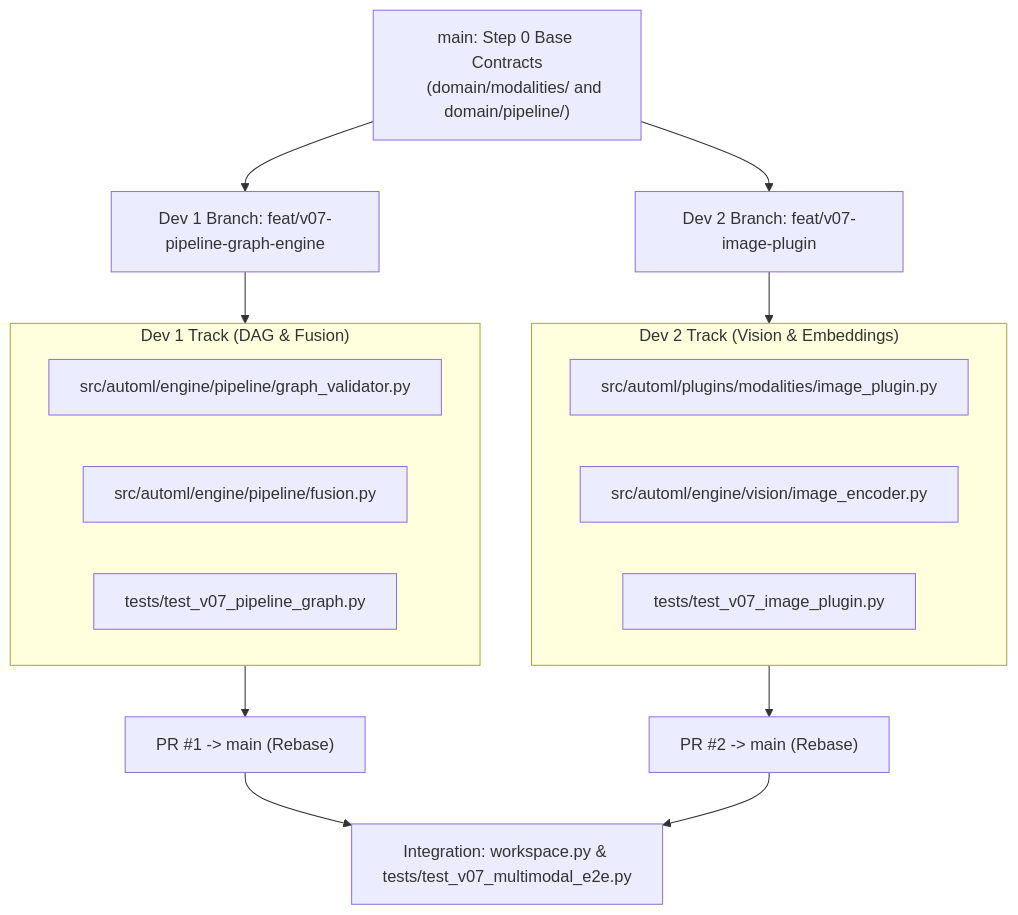
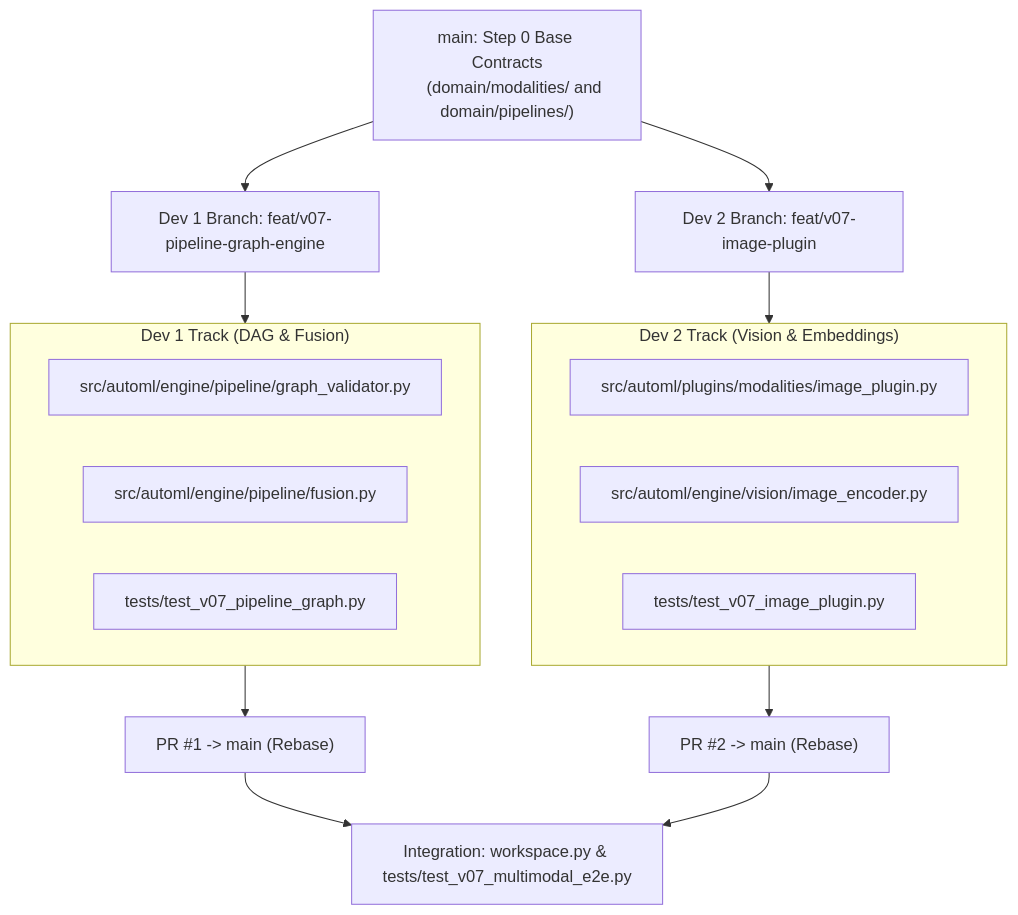
One commit to Jfenic/CATML changed the diagram in docs/features/multimodal/plan.md. Above: the diagram before and after it, drawn with Mermaid. The commit also changed other lines of this file and 18 other files, not shown here.

Commit message:
docs: align guides, capability evidence and roadmap status

````diff
--- a/docs/features/multimodal/plan.md
+++ b/docs/features/multimodal/plan.md
@@ -16,29 +18,29 @@
 ```mermaid
 flowchart TD
     Main0["main: Step 0 Base Contracts
-    (domain/modalities/ and domain/pipeline/)"]
+    (domain/modalities/ and domain/pipelines/)"]
     
     Main0 --> B1["Dev 1 Branch: feat/v07-pipeline-graph-engine"]
     Main0 --> B2["Dev 2 Branch: feat/v07-image-plugin"]
     
     subgraph Dev1["Dev 1 Track (DAG & Fusion)"]
         F1["src/automl/engine/pipeline/graph_validator.py"]
         F2["src/automl/engine/pipeline/fusion.py"]
         T1["tests/test_v07_pipeline_graph.py"]
     end
     
     subgraph Dev2["Dev 2 Track (Vision & Embeddings)"]
         F3["src/automl/plugins/modalities/image_plugin.py"]
         F4["src/automl/engine/vision/image_encoder.py"]
         T2["tests/test_v07_image_plugin.py"]
     end
     
     B1 --> Dev1
     B2 --> Dev2
     
     Dev1 --> PR1["PR #1 -> main (Rebase)"]
     Dev2 --> PR2["PR #2 -> main (Rebase)"]
     
     PR1 --> Final["Integration: workspace.py & tests/test_v07_multimodal_e2e.py"]
     PR2 --> Final
 ```
````
